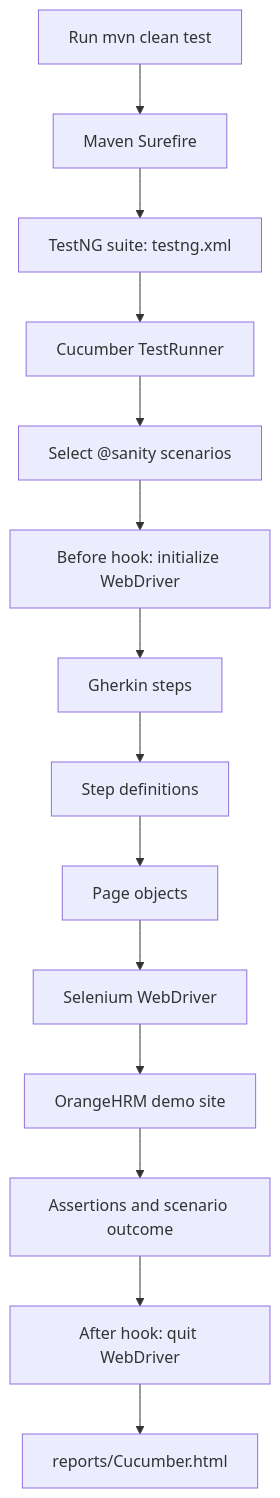
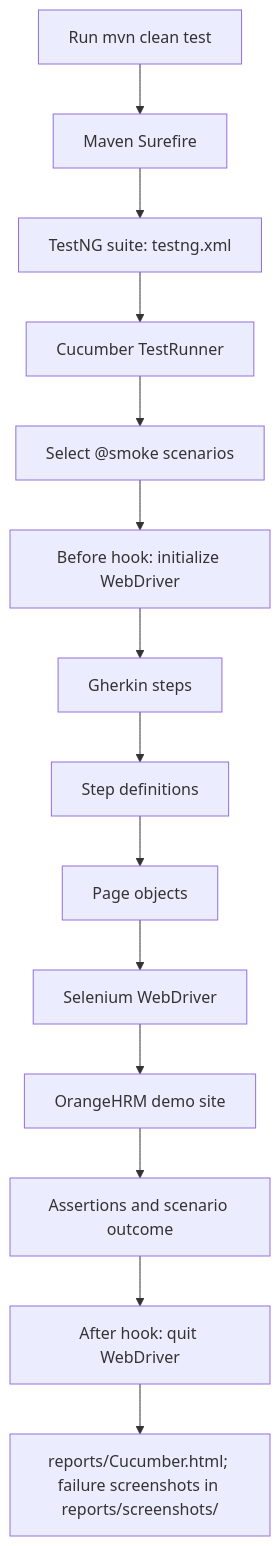
One commit to Sameer-Programmer/2026_Enterprise_DEMO_BDD_Project changed the first of 2 diagrams in README.md. Above: the diagram before and after it, drawn with Mermaid. The commit also changed other lines of this file, not shown here.

Commit message:
docs: update README for smoke filter and screenshots

````diff
--- a/README.md
+++ b/README.md
@@ -142,16 +144,16 @@
 ```mermaid
 flowchart TD
     A[Run mvn clean test] --> B[Maven Surefire]
     B --> C[TestNG suite: testng.xml]
     C --> D[Cucumber TestRunner]
-    D --> E[Select @sanity scenarios]
+    D --> E[Select @smoke scenarios]
     E --> F[Before hook: initialize WebDriver]
     F --> G[Gherkin steps]
     G --> H[Step definitions]
     H --> I[Page objects]
     I --> J[Selenium WebDriver]
     J --> K[OrangeHRM demo site]
     K --> L[Assertions and scenario outcome]
     L --> M[After hook: quit WebDriver]
-    M --> N[reports/Cucumber.html]
+    M --> N[reports/Cucumber.html; failure screenshots in reports/screenshots/]
 ```
````
